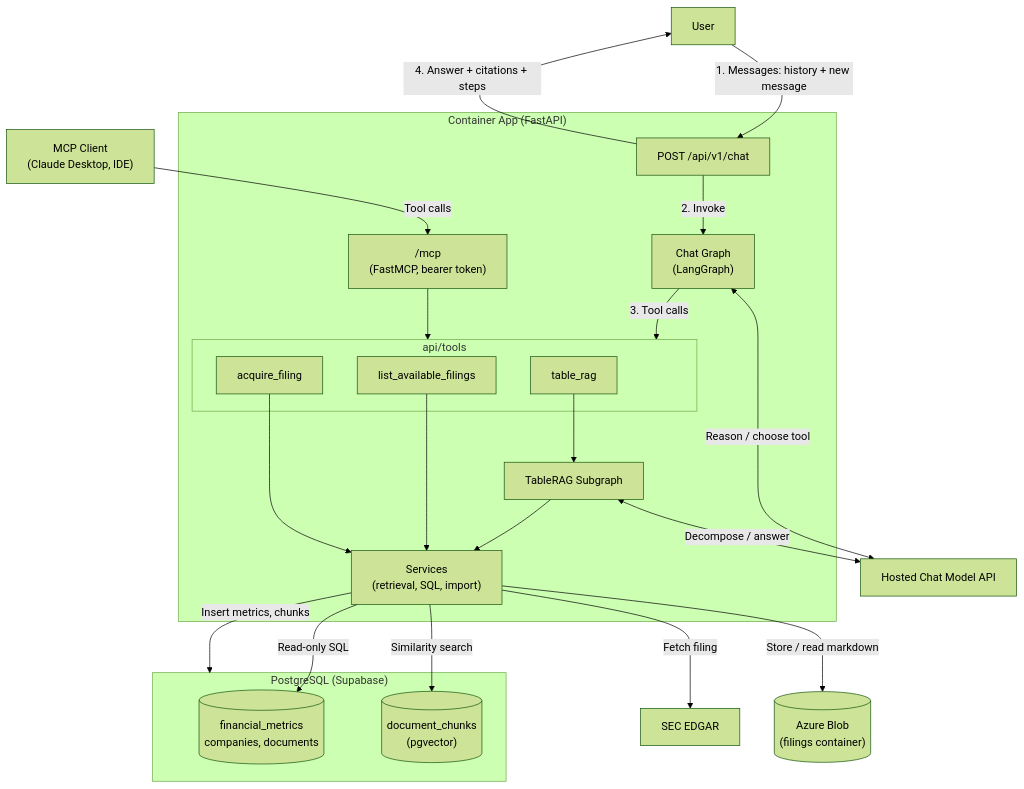
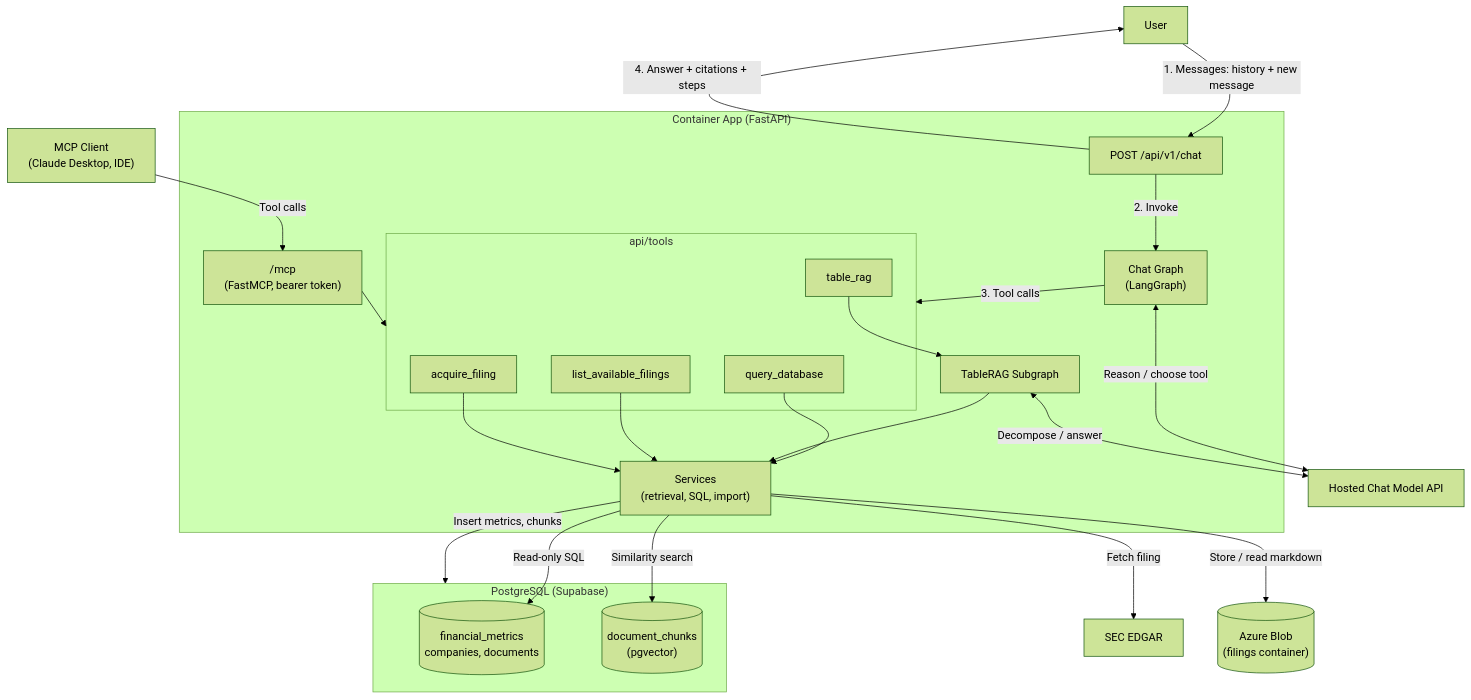
The first of 4 diagrams in docs/architecture.md (yucheng-fu/financial-data-agent), drawn with Mermaid (forest theme) before and after one commit. The commit also changed other lines of this file and 1 other file, not shown here.

````diff
--- a/docs/architecture.md
+++ b/docs/architecture.md
@@ -20,67 +21,69 @@
 ```mermaid
 flowchart TD
     user["User"]
     mcp_client["MCP Client\n(Claude Desktop, IDE)"]
 
     subgraph App["Container App (FastAPI)"]
         chat_route["POST /api/v1/chat"]
         mcp_server["/mcp\n(FastMCP, bearer token)"]
         chat_graph["Chat Graph\n(LangGraph)"]
 
         subgraph Tools["api/tools"]
+            query_db["query_database"]
             table_rag["table_rag"]
             list_filings["list_available_filings"]
             acquire["acquire_filing"]
         end
 
         tablerag_graph["TableRAG Subgraph"]
         services["Services\n(retrieval, SQL, import)"]
     end
 
     llm["Hosted Chat Model API"]
     sec["SEC EDGAR"]
     blob[("Azure Blob\n(filings container)")]
 
     subgraph Supabase["PostgreSQL (Supabase)"]
         metrics[("financial_metrics\ncompanies, documents")]
         chunks[("document_chunks\n(pgvector)")]
     end
 
     %% =========================================================
     %% CHAT PATH
     %% =========================================================
 
     user -->|1. Messages: history + new message| chat_route
     chat_route -->|2. Invoke| chat_graph
     chat_graph <-->|Reason / choose tool| llm
     chat_graph -->|3. Tool calls| Tools
 
     %% =========================================================
     %% MCP PATH
     %% =========================================================
 
     mcp_client -->|Tool calls| mcp_server
     mcp_server --> Tools
 
     %% =========================================================
     %% TOOLS
     %% =========================================================
 
+    query_db --> services
     table_rag --> tablerag_graph
     tablerag_graph <-->|Decompose / answer| llm
     tablerag_graph --> services
     list_filings --> services
     acquire --> services
 
     services -->|Read-only SQL| metrics
     services -->|Similarity search| chunks
     services -->|Fetch filing| sec
     services -->|Store / read markdown| blob
     services -->|Insert metrics, chunks| Supabase
 
     %% =========================================================
     %% RESPONSE
     %% =========================================================
 
     chat_route -->|4. Answer + citations + steps| user
 ```
````
